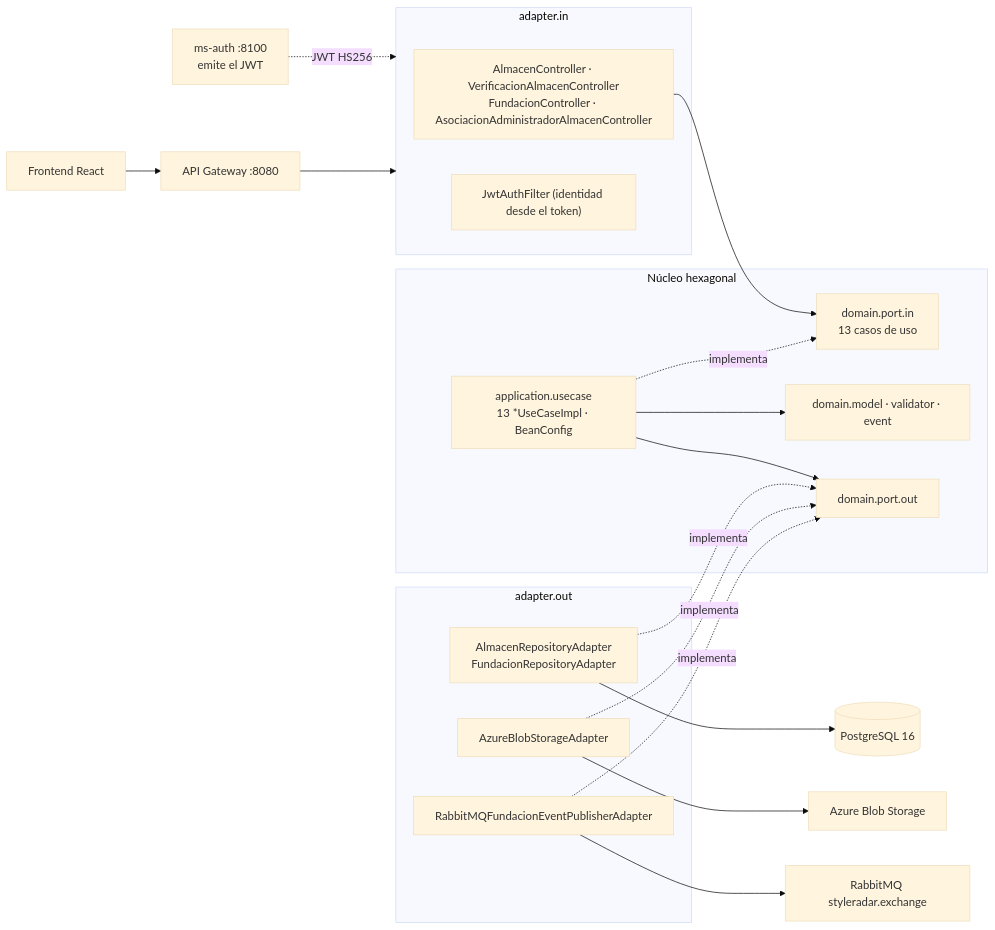
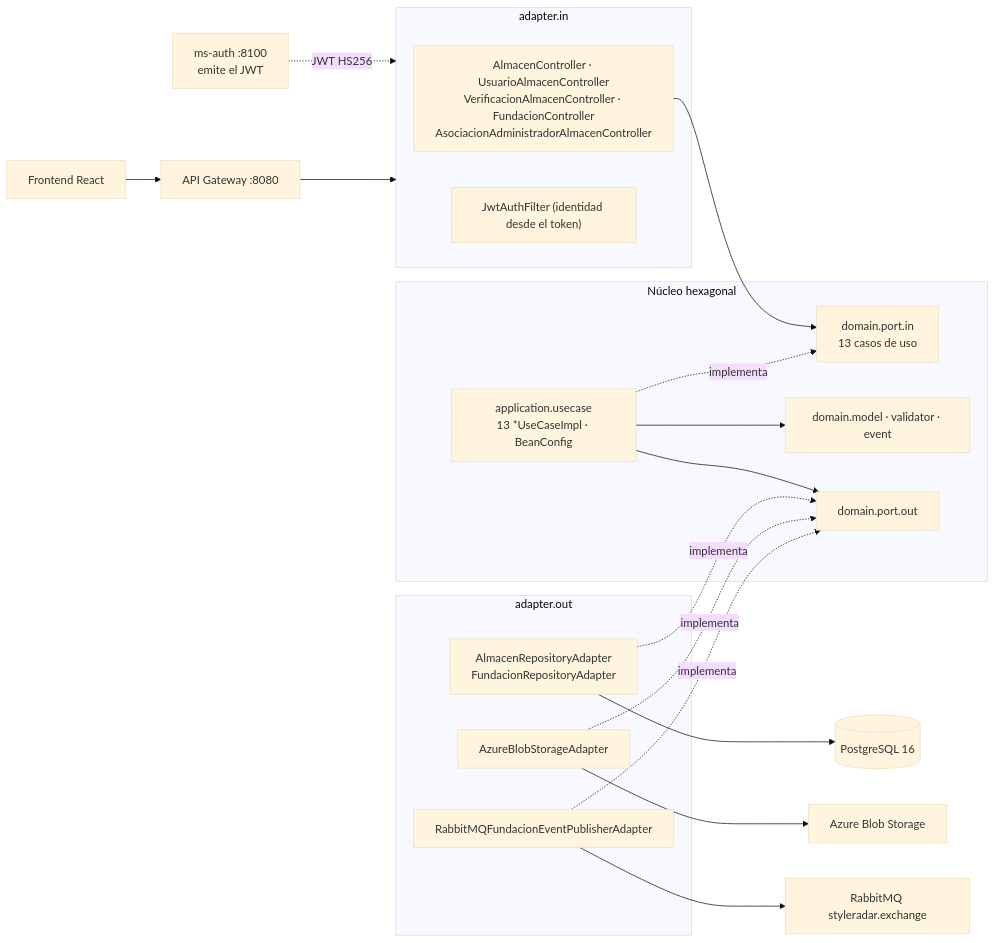
Before and after one commit to StyleRadar1/CADCHE-Stores-Service: the first of 2 diagrams in README.md, drawn with Mermaid (base theme). The commit also changed other lines of this file and 6 other files, not shown here.

First line of the commit message:
docs: justificar todos los diagramas y agregar componentes general y despliegue

````diff
--- a/README.md
+++ b/README.md
@@ -133,31 +133,31 @@
 ```mermaid
 flowchart LR
     FRONT["Frontend React"] --> GW["API Gateway :8080"]
     AUTH["ms-auth :8100<br>emite el JWT"] -. JWT HS256 .-> IN
     GW --> IN
     subgraph IN["adapter.in"]
-        REST["AlmacenController · VerificacionAlmacenController<br>FundacionController · AsociacionAdministradorAlmacenController"]
+        REST["AlmacenController · UsuarioAlmacenController<br>VerificacionAlmacenController · FundacionController<br>AsociacionAdministradorAlmacenController"]
         JWT["JwtAuthFilter (identidad desde el token)"]
     end
     subgraph CORE["Núcleo hexagonal"]
         PIN["domain.port.in<br>13 casos de uso"]
         APP["application.usecase<br>13 *UseCaseImpl · BeanConfig"]
         DOM["domain.model · validator · event"]
         POUT["domain.port.out"]
     end
     subgraph OUT["adapter.out"]
         JPA["AlmacenRepositoryAdapter<br>FundacionRepositoryAdapter"]
         BLOB["AzureBlobStorageAdapter"]
         MQ["RabbitMQFundacionEventPublisherAdapter"]
     end
     REST --> PIN
     APP -. implementa .-> PIN
     APP --> DOM
     APP --> POUT
     JPA -. implementa .-> POUT
     BLOB -. implementa .-> POUT
     MQ -. implementa .-> POUT
     JPA --> PG[("PostgreSQL 16")]
     BLOB --> AZ["Azure Blob Storage"]
     MQ --> RMQ["RabbitMQ styleradar.exchange"]
 ```
````
